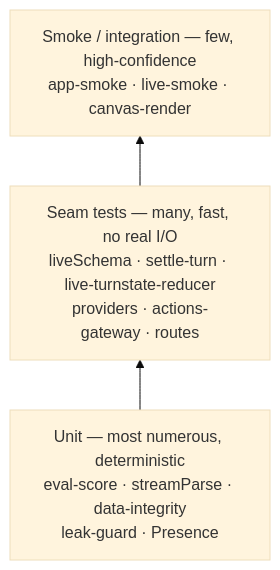
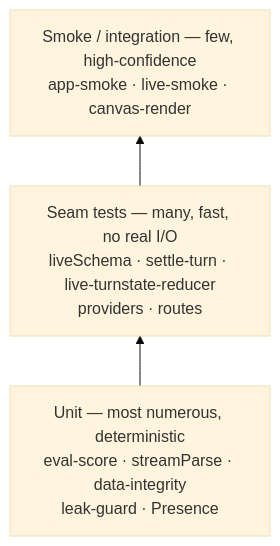
The diagram in docs/ENGINEERING.md (TryMaveaAI/mavea), drawn with Mermaid (base theme) before and after one commit. The commit also changed 87 other files, not shown here.

First line of the commit message:
refactor(actions): remove the retired actions gateway

````diff
--- a/docs/ENGINEERING.md
+++ b/docs/ENGINEERING.md
@@ -79,7 +79,7 @@
 ```mermaid
 graph BT
     UNIT["Unit — most numerous, deterministic\neval-score · streamParse · data-integrity\nleak-guard · Presence"]
-    INT["Seam tests — many, fast, no real I/O\nliveSchema · settle-turn · live-turnstate-reducer\nproviders · actions-gateway · routes"]
+    INT["Seam tests — many, fast, no real I/O\nliveSchema · settle-turn · live-turnstate-reducer\nproviders · routes"]
     E2E["Smoke / integration — few, high-confidence\napp-smoke · live-smoke · canvas-render"]
     UNIT --> INT --> E2E
 ```
````
